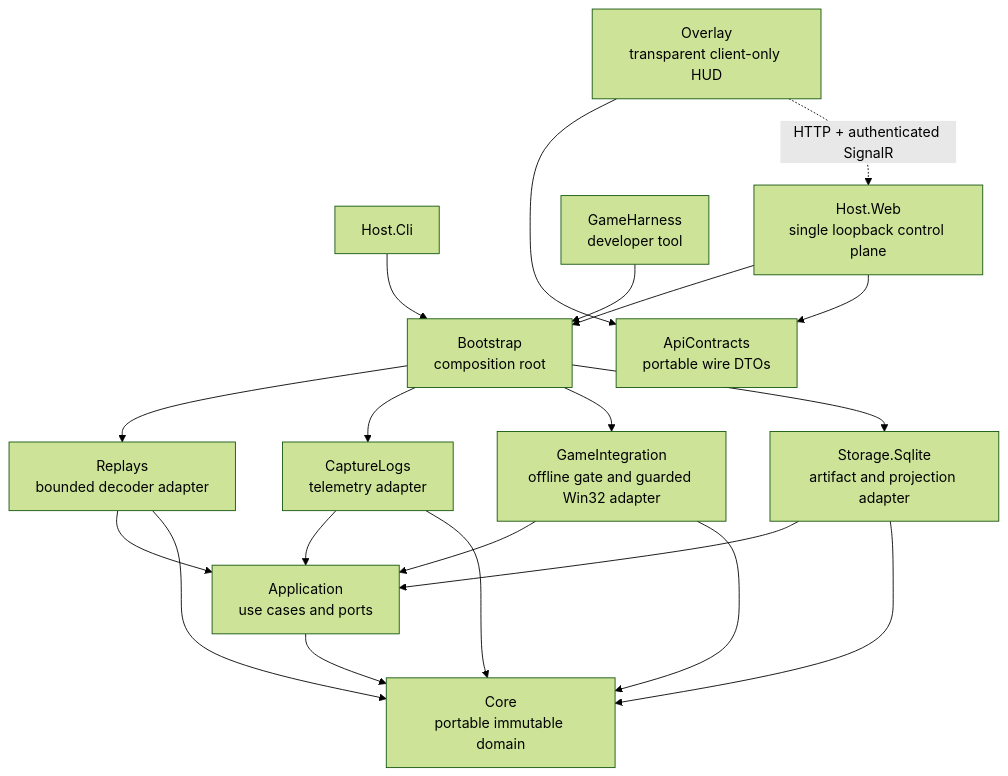
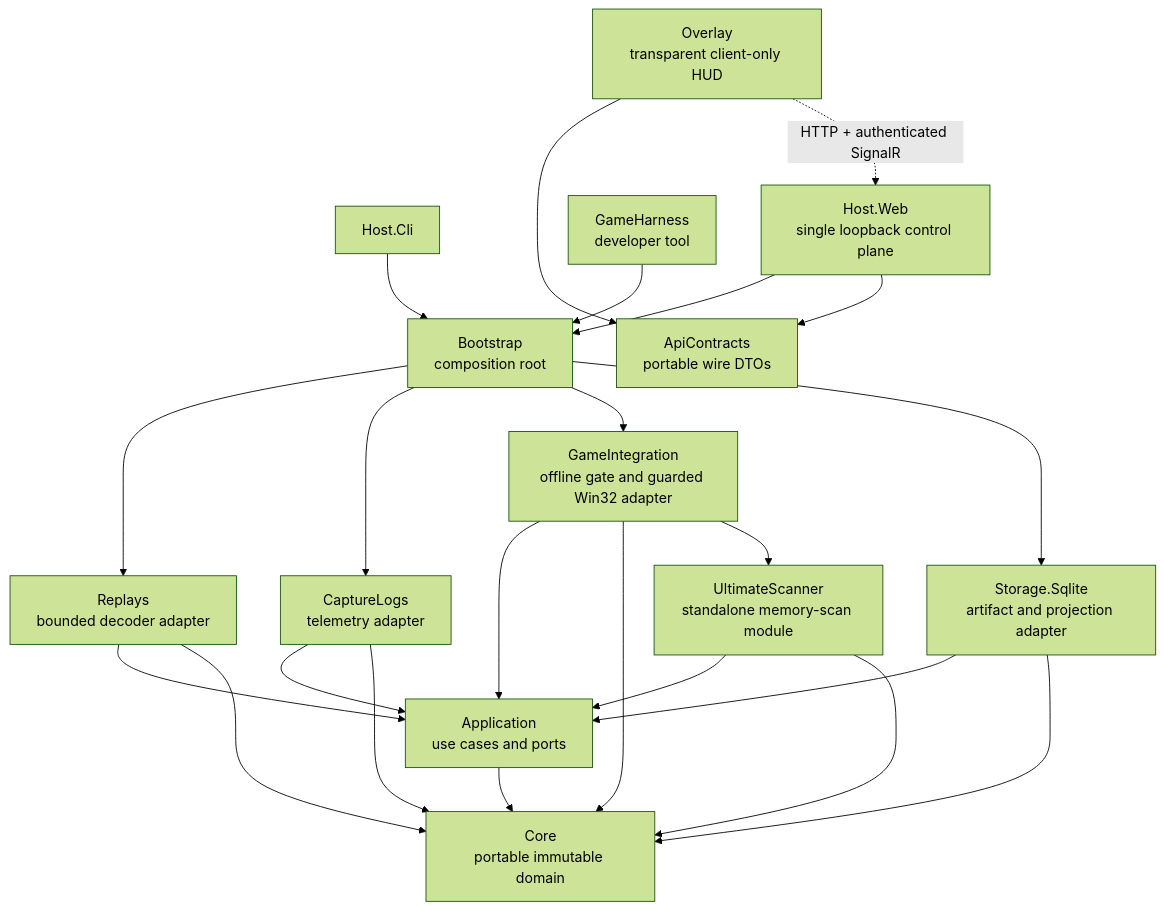
One commit to 360madden/wotb_reader changed the diagram in docs/architecture/overview.md. Above: the diagram before and after it, drawn with Mermaid (forest theme). The commit also changed other lines of this file and 28 other files, not shown here.

First line of the commit message:
feat(scanner): complete bounded Ultimate Scanner diagnostics

````diff
--- a/docs/architecture/overview.md
+++ b/docs/architecture/overview.md
@@ -20,35 +20,39 @@
 ```mermaid
 flowchart TD
     Core["Core\nportable immutable domain"]
     App["Application\nuse cases and ports"]
     Replay["Replays\nbounded decoder adapter"]
     Capture["CaptureLogs\ntelemetry adapter"]
     Game["GameIntegration\noffline gate and guarded Win32 adapter"]
+    Scanner["UltimateScanner\nstandalone memory-scan module"]
     Storage["Storage.Sqlite\nartifact and projection adapter"]
     Boot["Bootstrap\ncomposition root"]
     Contracts["ApiContracts\nportable wire DTOs"]
     Cli["Host.Cli"]
     Web["Host.Web\nsingle loopback control plane"]
     Overlay["Overlay\ntransparent client-only HUD"]
     Harness["GameHarness\ndeveloper tool"]
 
     App --> Core
     Replay --> App
     Replay --> Core
     Capture --> App
     Capture --> Core
     Game --> App
     Game --> Core
+    Scanner --> App
+    Scanner --> Core
+    Game --> Scanner
     Storage --> App
     Storage --> Core
     Boot --> Replay
     Boot --> Capture
     Boot --> Game
     Boot --> Storage
     Cli --> Boot
     Web --> Boot
     Web --> Contracts
     Overlay --> Contracts
     Overlay -. "HTTP + authenticated SignalR" .-> Web
     Harness --> Boot
 ```
````
